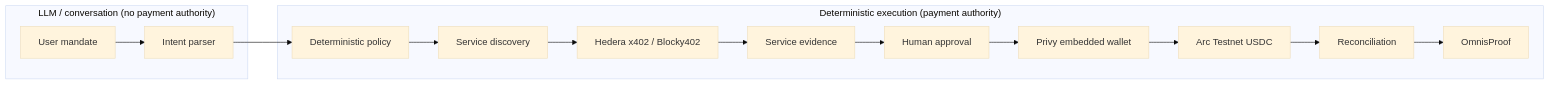
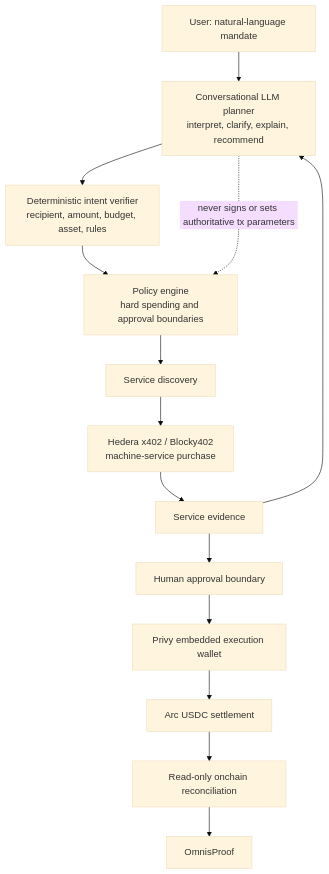
The first of 2 diagrams in README.md (Devendurance/Omnis), drawn with Mermaid (base theme) before and after one commit. The commit also changed other lines of this file and 1 other file, not shown here.

````diff
--- a/README.md
+++ b/README.md
@@ -29,17 +305,17 @@
 ```mermaid
-flowchart LR
-    subgraph converse["LLM / conversation (no payment authority)"]
-        mandate["User mandate"] --> intent["Intent parser"]
-    end
-    subgraph execute["Deterministic execution (payment authority)"]
-        intent --> policy["Deterministic policy"]
-        policy --> discovery["Service discovery"]
-        discovery --> x402["Hedera x402 / Blocky402"]
-        x402 --> serviceEvidence["Service evidence"]
-        serviceEvidence --> approval["Human approval"]
-        approval --> wallet["Privy embedded wallet"]
-        wallet --> arc["Arc Testnet USDC"]
-        arc --> reconcile["Reconciliation"]
-        reconcile --> proof["OmnisProof"]
-    end
+flowchart TD
+    U["User: natural-language mandate"] --> L["Conversational LLM planner<br/>interpret, clarify, explain, recommend"]
+    L --> V["Deterministic intent verifier<br/>recipient, amount, budget, asset, rules"]
+    V --> P["Policy engine<br/>hard spending and approval boundaries"]
+    P --> D["Service discovery"]
+    D --> H["Hedera x402 / Blocky402<br/>machine-service purchase"]
+    H --> E["Service evidence"]
+    E --> L
+    E --> A["Human approval boundary"]
+    A --> W["Privy embedded execution wallet"]
+    W --> R["Arc USDC settlement"]
+    R --> C["Read-only onchain reconciliation"]
+    C --> O["OmnisProof"]
+
+    L -. "never signs or sets authoritative tx parameters" .-> P
 ```
````
